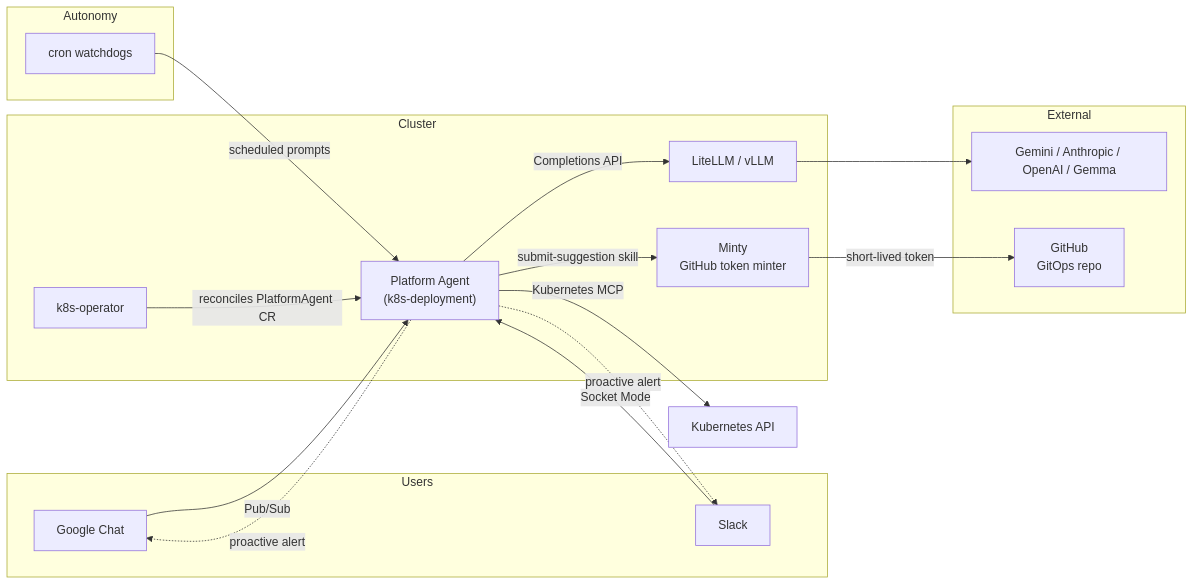
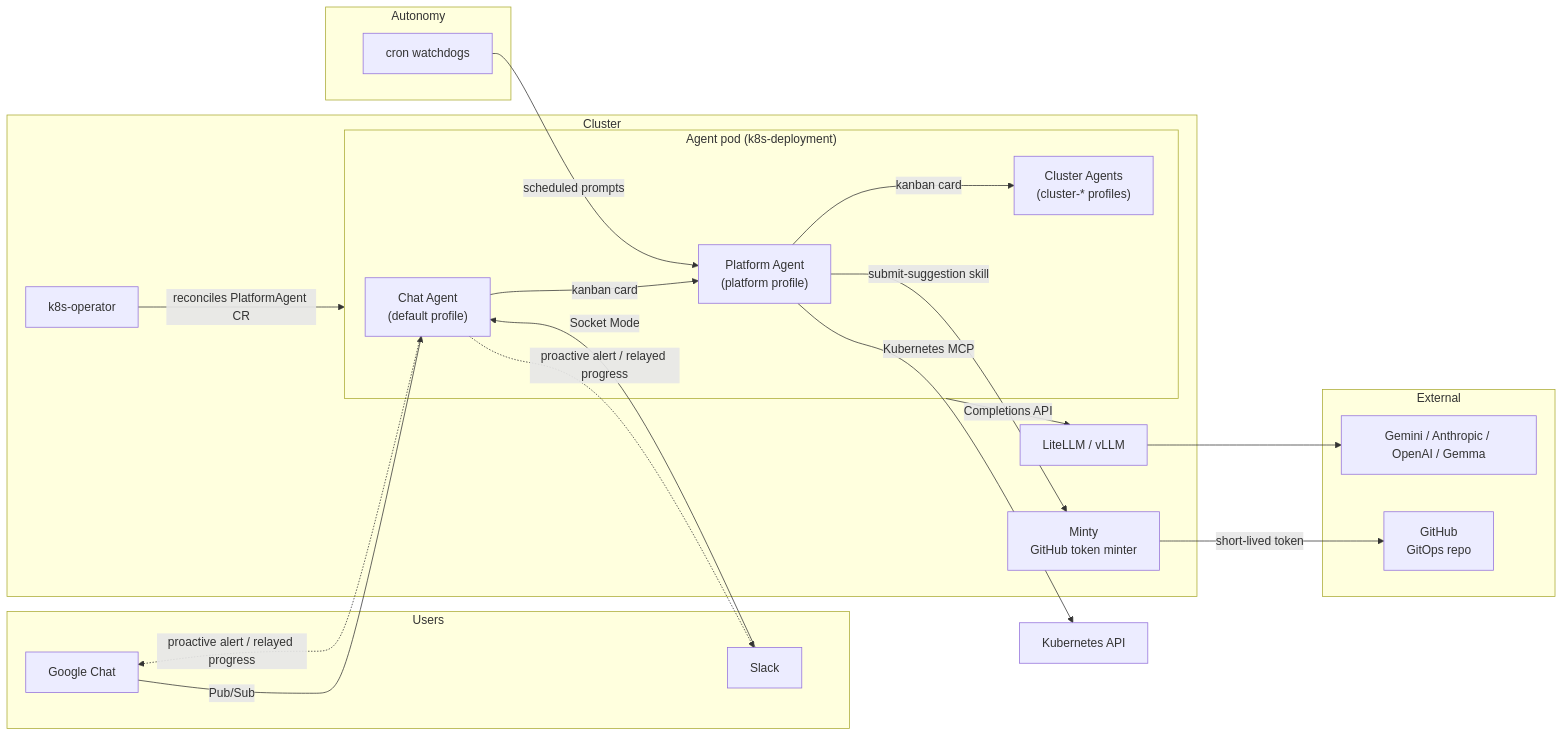
One commit to AntonTyb/kube-agents changed the diagram in docs/site/src/content/docs/index.mdx. Above: the diagram before and after it, drawn with Mermaid. The commit also changed other lines of this file and 28 other files, not shown here.

Commit message:
docs: cover the Chat Agent split and the newly merged documents (#448)

````diff
--- a/docs/site/src/content/docs/index.mdx
+++ b/docs/site/src/content/docs/index.mdx
@@ -76,35 +76,41 @@
 ```mermaid
 flowchart LR
     subgraph Users
         GC[Google Chat]
         SL[Slack]
     end
 
     subgraph Autonomy
         CR[cron watchdogs]
     end
 
     subgraph Cluster
         OP[k8s-operator]
-        PA["Platform Agent<br/>(k8s-deployment)"]
+        subgraph Pod["Agent pod (k8s-deployment)"]
+            CA["Chat Agent<br/>(default profile)"]
+            PA["Platform Agent<br/>(platform profile)"]
+            CL["Cluster Agents<br/>(cluster-* profiles)"]
+        end
         LM[LiteLLM / vLLM]
         MT[Minty<br/>GitHub token minter]
     end
 
     subgraph External
         LLM[Gemini / Anthropic / OpenAI / Gemma]
         GH[GitHub<br/>GitOps repo]
     end
 
-    GC -->|Pub/Sub| PA
-    SL -->|Socket Mode| PA
+    GC -->|Pub/Sub| CA
+    SL -->|Socket Mode| CA
+    CA -->|kanban card| PA
+    PA -->|kanban card| CL
     CR -->|scheduled prompts| PA
-    OP -->|reconciles PlatformAgent CR| PA
-    PA -->|Completions API| LM
+    OP -->|reconciles PlatformAgent CR| Pod
+    Pod -->|Completions API| LM
     LM --> LLM
     PA -->|submit-suggestion skill| MT
     MT -->|short-lived token| GH
     PA -->|Kubernetes MCP| K8S[Kubernetes API]
-    PA -.->|proactive alert| GC
-    PA -.->|proactive alert| SL
+    CA -.->|proactive alert / relayed progress| GC
+    CA -.->|proactive alert / relayed progress| SL
 ```
````
